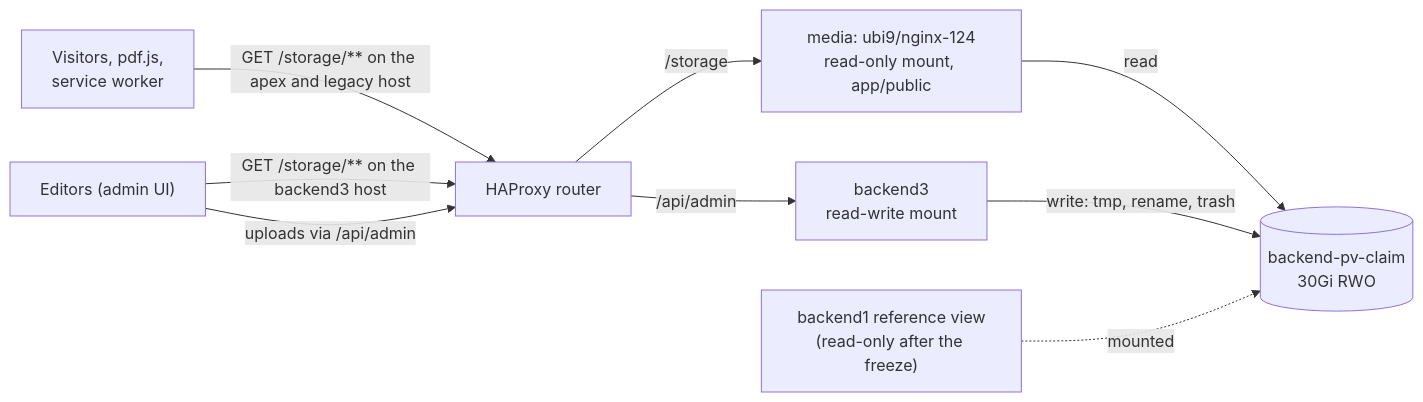
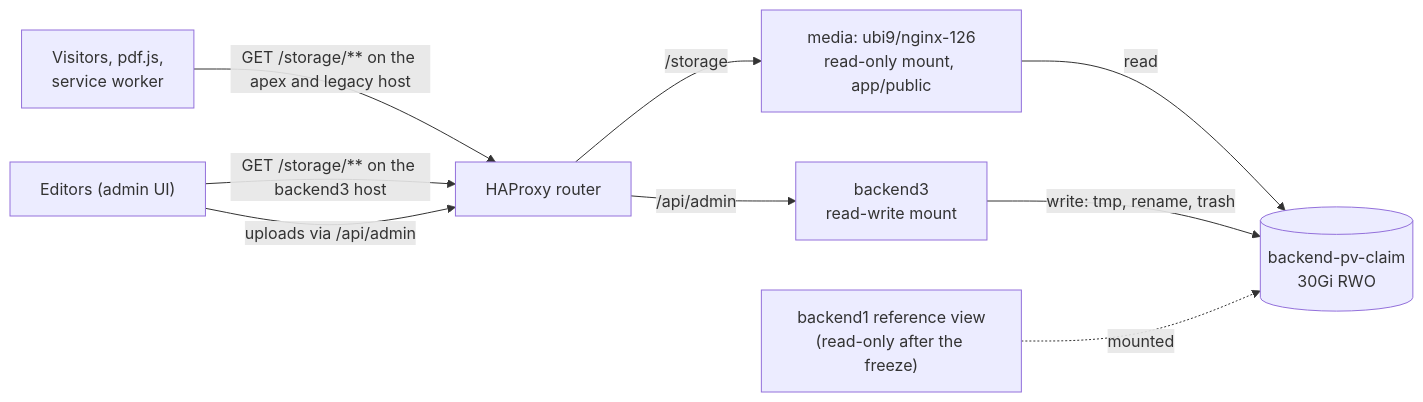
The diagram in docs/design/adr/0015-media-separate-static-server-media-library-image-optimisatio.md (Verseghy/website_backend3), drawn with Mermaid before and after one commit. The commit also changed other lines of this file and 18 other files, not shown here.

````diff
--- a/docs/design/adr/0015-media-separate-static-server-media-library-image-optimisatio.md
+++ b/docs/design/adr/0015-media-separate-static-server-media-library-image-optimisatio.md
@@ -154,18 +154,18 @@
 ```mermaid
 flowchart LR
   V["Visitors, pdf.js,<br/>service worker"]
   ED["Editors (admin UI)"]
   RT["HAProxy router"]
-  MED["media: ubi9/nginx-124<br/>read-only mount, app/public"]
+  MED["media: ubi9/nginx-126<br/>read-only mount, app/public"]
   BE3["backend3<br/>read-write mount"]
   BE1["backend1 reference view<br/>(read-only after the freeze)"]
   PVC[("backend-pv-claim<br/>30Gi RWO")]
   V -- "GET /storage/** on the apex and legacy host" --> RT
   ED -- "GET /storage/** on the backend3 host" --> RT
   ED -- "uploads via /api/admin" --> RT
   RT -- "/storage" --> MED
   RT -- "/api/admin" --> BE3
   MED -- "read" --> PVC
   BE3 -- "write: tmp, rename, trash" --> PVC
   BE1 -.->|"mounted"| PVC
 ```
````
